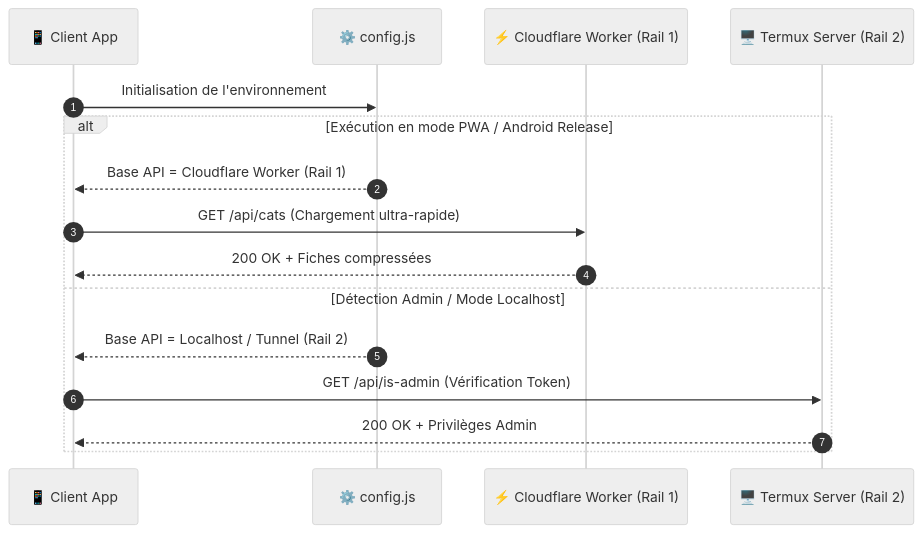
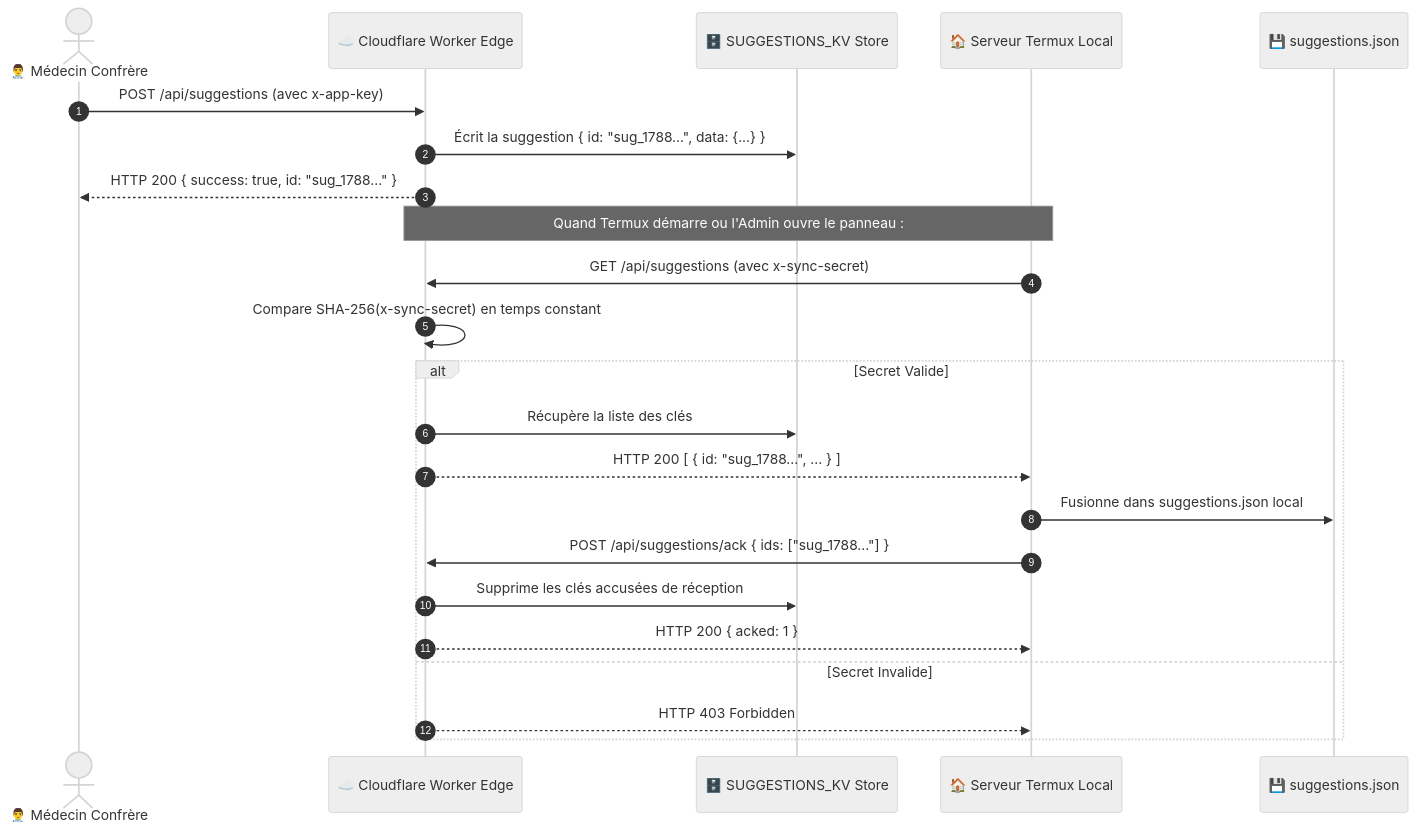
One commit to iillaa/med changed the second of 2 diagrams in docs/01-architecture/dual-rail-network.md. Above: the diagram before and after it, drawn with Mermaid (neutral theme). The commit also changed other lines of this file and 7 other files, not shown here.

First line of the commit message:
docs(deep-architecture): complete exhaustive technical specifications and deep debugging manual

````diff
--- a/docs/01-architecture/dual-rail-network.md
+++ b/docs/01-architecture/dual-rail-network.md
@@ -79,19 +78,27 @@
 ```mermaid
 sequenceDiagram
     autonumber
-    participant App as 📱 Client App
-    participant Config as ⚙️ config.js
-    participant Edge as ⚡ Cloudflare Worker (Rail 1)
-    participant Local as 🖥️ Termux Server (Rail 2)
+    actor Contributor as 👨‍⚕️ Médecin Confrère
+    participant Worker as ☁️ Cloudflare Worker Edge
+    participant KV as 🗄️ SUGGESTIONS_KV Store
+    participant Termux as 🏠 Serveur Termux Local
+    participant DB as 💾 suggestions.json
 
-    App->>Config: Initialisation de l'environnement
-    alt Exécution en mode PWA / Android Release
-        Config-->>App: Base API = Cloudflare Worker (Rail 1)
-        App->>Edge: GET /api/cats (Chargement ultra-rapide)
-        Edge-->>App: 200 OK + Fiches compressées
-    else Détection Admin / Mode Localhost
-        Config-->>App: Base API = Localhost / Tunnel (Rail 2)
-        App->>Local: GET /api/is-admin (Vérification Token)
-        Local-->>App: 200 OK + Privilèges Admin
+    Contributor->>Worker: POST /api/suggestions (avec x-app-key)
+    Worker->>KV: Écrit la suggestion { id: "sug_1788...", data: {...} }
+    Worker-->>Contributor: HTTP 200 { success: true, id: "sug_1788..." }
+
+    Note over Termux,Worker: Quand Termux démarre ou l'Admin ouvre le panneau :
+    Termux->>Worker: GET /api/suggestions (avec x-sync-secret)
+    Worker->>Worker: Compare SHA-256(x-sync-secret) en temps constant
+    alt Secret Valide
+        Worker->>KV: Récupère la liste des clés
+        Worker-->>Termux: HTTP 200 [ { id: "sug_1788...", ... } ]
+        Termux->>DB: Fusionne dans suggestions.json local
+        Termux->>Worker: POST /api/suggestions/ack { ids: ["sug_1788..."] }
+        Worker->>KV: Supprime les clés accusées de réception
+        Worker-->>Termux: HTTP 200 { acked: 1 }
+    else Secret Invalide
+        Worker-->>Termux: HTTP 403 Forbidden
     end
 ```
````
